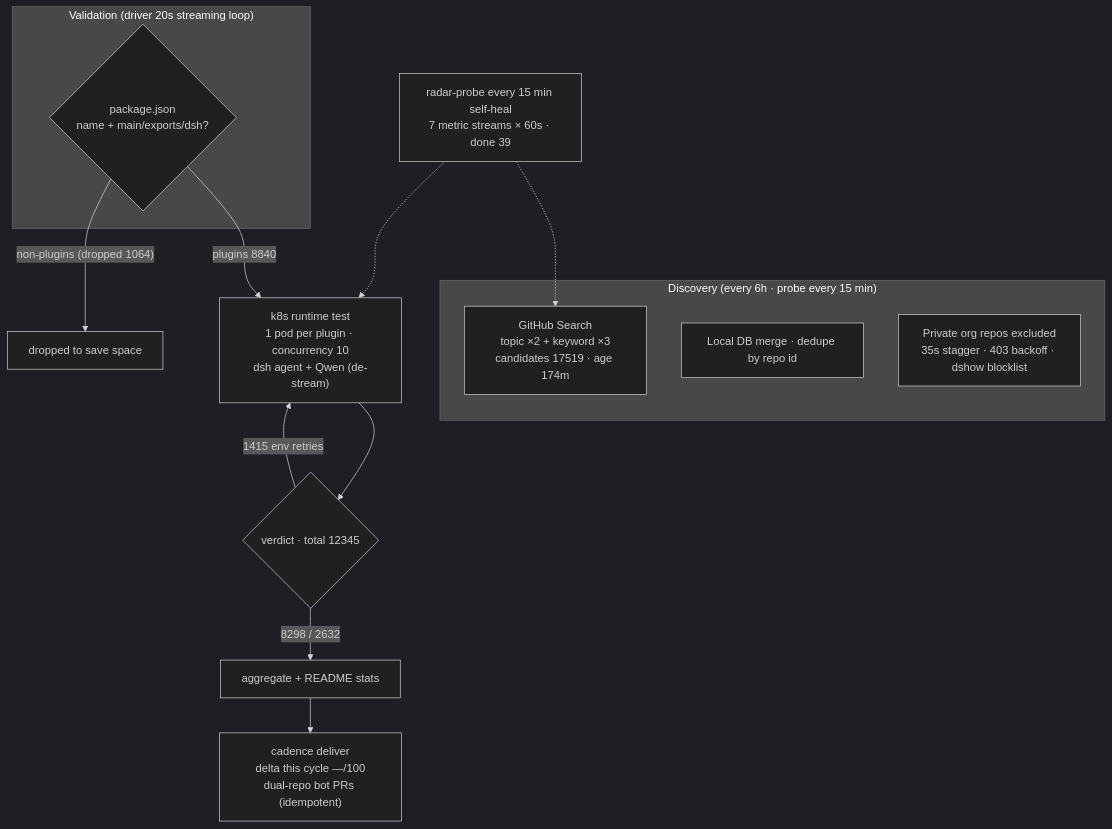
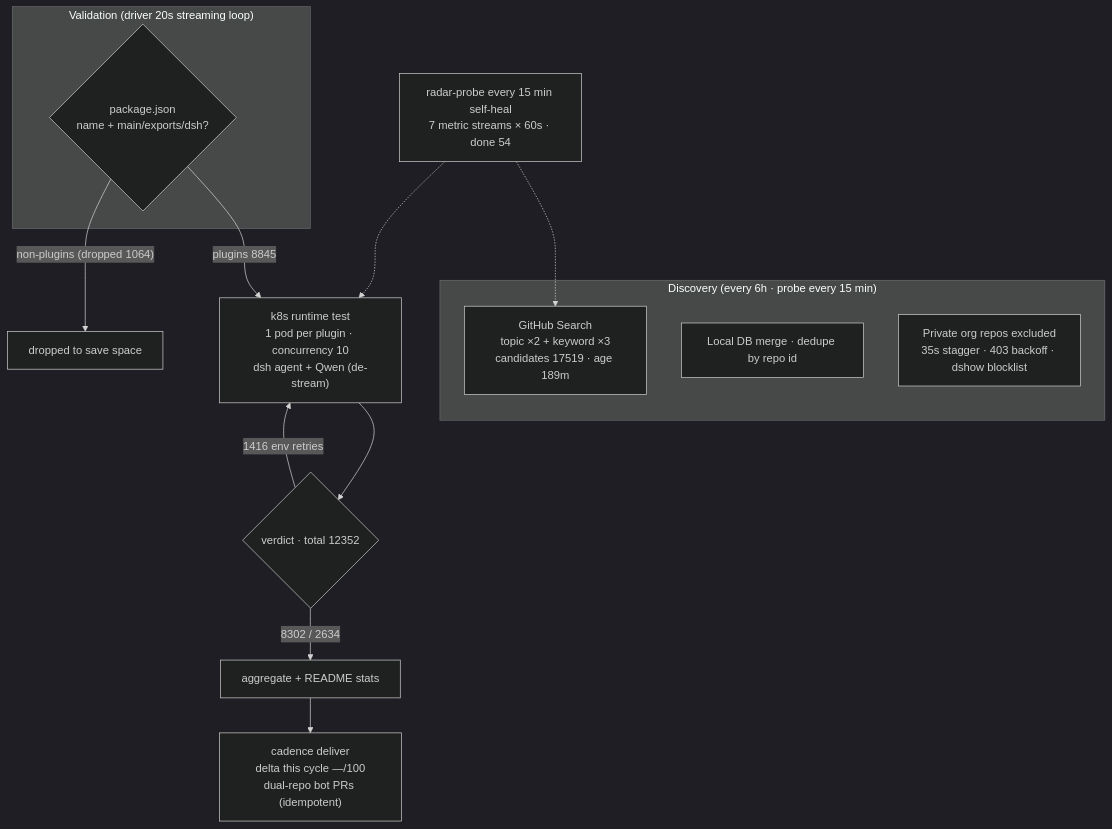
One commit to AdamPlatin123/awesome-dsh-plugins changed the diagram in README.en-US.md. Above: the diagram before and after it, drawn with Mermaid (dark theme). The commit also changed other lines of this file and 5 other files, not shown here.

````diff
--- a/README.en-US.md
+++ b/README.en-US.md
@@ -45,20 +45,20 @@
 ```mermaid
 flowchart TB
     subgraph Discovery["Discovery (every 6h · probe every 15 min)"]
-        A1["GitHub Search<br/>topic ×2 + keyword ×3<br/>candidates 17519 · age 174m"]
+        A1["GitHub Search<br/>topic ×2 + keyword ×3<br/>candidates 17519 · age 189m"]
         A2["Local DB merge · dedupe by repo id"]
         A3["Private org repos excluded<br/>35s stagger · 403 backoff · dshow blocklist"]
     end
     subgraph Validation["Validation (driver 20s streaming loop)"]
         B1{"package.json<br/>name + main/exports/dsh?"}
     end
-    B1 -->|"plugins 8840"| C1["k8s runtime test<br/>1 pod per plugin · concurrency 10<br/>dsh agent + Qwen (de-stream)"]
+    B1 -->|"plugins 8845"| C1["k8s runtime test<br/>1 pod per plugin · concurrency 10<br/>dsh agent + Qwen (de-stream)"]
     B1 -->|"non-plugins (dropped 1064)"| B3["dropped to save space"]
-    C1 --> D1{"verdict · total 12345"}
-    D1 -->|"8298 / 2632"| E1["aggregate + README stats"]
-    D1 -->|"1415 env retries"| C1
+    C1 --> D1{"verdict · total 12352"}
+    D1 -->|"8302 / 2634"| E1["aggregate + README stats"]
+    D1 -->|"1416 env retries"| C1
     E1 --> E2["cadence deliver<br/>delta this cycle —/100<br/>dual-repo bot PRs (idempotent)"]
-    M["radar-probe every 15 min self-heal<br/>7 metric streams × 60s · done 39"]
+    M["radar-probe every 15 min self-heal<br/>7 metric streams × 60s · done 54"]
     M -.-> A1
     M -.-> C1
 ```
````
